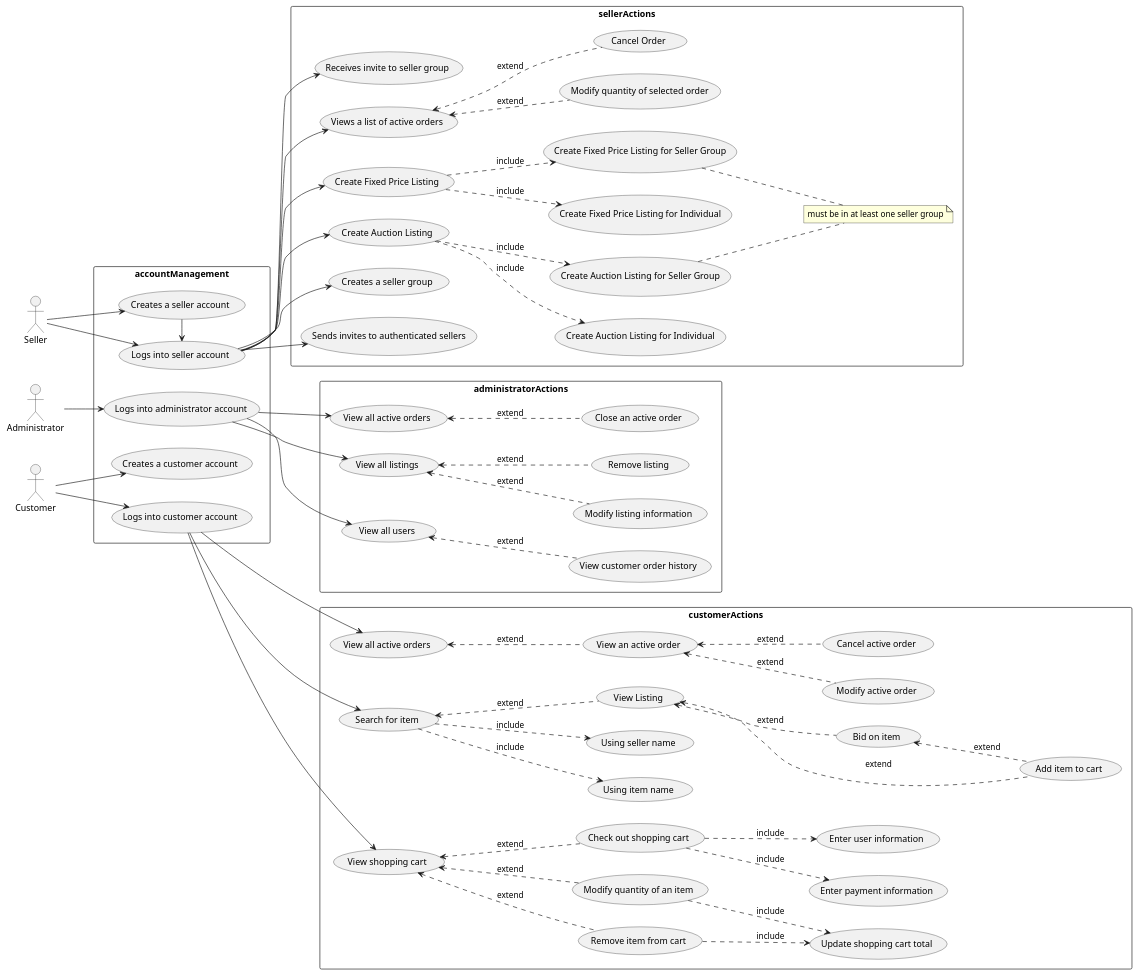
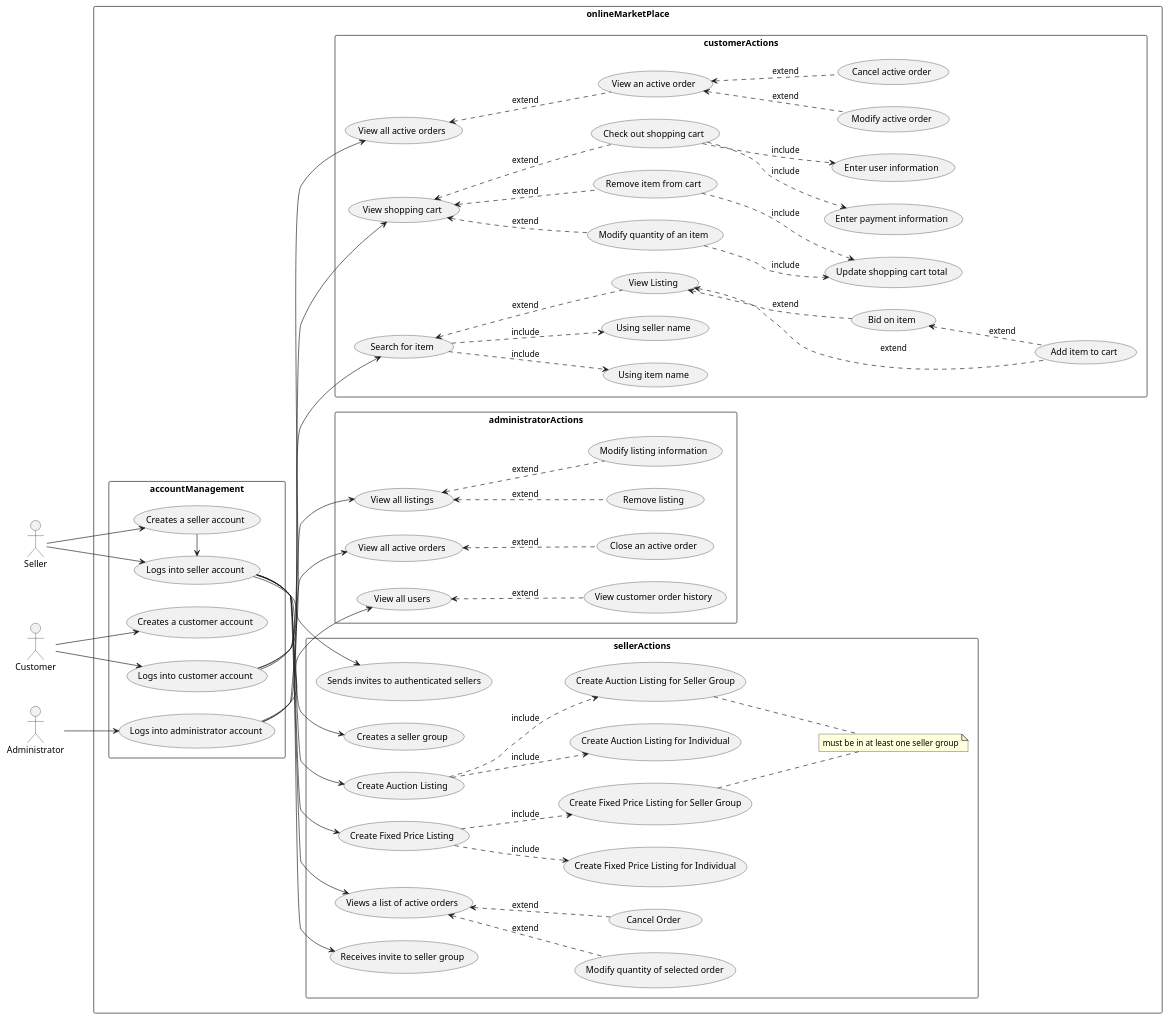
The diagram in docs/part1/usecase.plantuml (SWEN900072022/TeamZeroMarketPlaceBackEnd), drawn with PlantUML before and after one commit. The commit also changed 6 other files, not shown here.

```diff
--- a/docs/part1/usecase.plantuml
+++ b/docs/part1/usecase.plantuml
@@ -1,83 +1,84 @@
 @startuml
 skinparam packageStyle rectangle
 left to right direction
 
 actor Customer
 actor Seller
 actor Administrator
 
-rectangle accountManagement {
-    Seller --> (Logs into seller account)
-    Seller -> (Creates a seller account)
-    Administrator --> (Logs into administrator account)
-    (Creates a seller account) -> (Logs into seller account)
-    Customer --> (Creates a customer account)
-    Customer --> (Logs into customer account)
+rectangle onlineMarketPlace {
+    rectangle accountManagement {
+        Seller --> (Logs into seller account)
+        Seller -> (Creates a seller account)
+        Administrator --> (Logs into administrator account)
+        (Creates a seller account) -> (Logs into seller account)
+        Customer --> (Creates a customer account)
+        Customer --> (Logs into customer account)
 
+    }
+
+    rectangle sellerActions {
+        note "must be in at least one seller group" as N1
+
+        (Logs into seller account) -->(Create Fixed Price Listing)
+        (Create Fixed Price Listing) -.> (Create Fixed Price Listing for Individual):include
+        (Create Fixed Price Listing) -.> (Create Fixed Price Listing for Seller Group):include
+        (Create Fixed Price Listing for Seller Group) .. (N1)
+
+        (Logs into seller account) --> (Create Auction Listing)
+        (Create Auction Listing) -.> (Create Auction Listing for Individual):include
+
+        (Create Auction Listing) -.> (Create Auction Listing for Seller Group): include
+        (Create Auction Listing for Seller Group) .. (N1)
+
+        (Logs into seller account) --> (Creates a seller group)
+        (Logs into seller account) --> (Sends invites to authenticated sellers)
+        (Logs into seller account) -> (Receives invite to seller group)
+        (Logs into seller account) -> (Views a list of active orders)
+        (Views a list of active orders) <.- (Modify quantity of selected order):extend
+        (Views a list of active orders) <.- (Cancel Order):extend
+    }
+
+    rectangle customerActions{
+        (View all active orders) as vCustomer
+
+        (Logs into customer account) --> (Search for item)
+        (Search for item) -.> (Using item name) :include
+        (Search for item) -.> (Using seller name):include
+        (Search for item) <.- (View Listing):extend
+
+        (View Listing) <.- (Add item to cart):extend
+        (View Listing) <.- (Bid on item):extend
+
+        (Bid on item) <.- (Add item to cart):extend
+
+        (Logs into customer account) --> (vCustomer)
+        (vCustomer)<.- (View an active order):extend
+        (View an active order) <.-(Modify active order):extend
+        (View an active order) <.-(Cancel active order):extend
+
+        (Logs into customer account) --> (View shopping cart)
+
+        (View shopping cart) <.- (Remove item from cart):extend
+        (View shopping cart) <.- (Modify quantity of an item):extend
+        (View shopping cart) <.- (Check out shopping cart):extend
+
+        (Modify quantity of an item)-.> (Update shopping cart total):include
+        (Remove item from cart) -.> (Update shopping cart total):include
+
+        (Check out shopping cart) -.> (Enter payment information):include
+        (Check out shopping cart) -.> (Enter user information):include
+    }
+
+    rectangle administratorActions {
+
+        (Logs into administrator account) --> (View all listings)
+        (Logs into administrator account) --> (View all users)
+        (Logs into administrator account) --> (View all active orders)
+        (View all active orders) <.- (Close an active order):extend
+        (View all users) <.- (View customer order history):extend
+        (View all listings) <.- (Remove listing):extend
+        (View all listings) <.- (Modify listing information):extend
+    }
 }
-
-rectangle sellerActions {
-    note "must be in at least one seller group" as N1
-
-    (Logs into seller account) -->(Create Fixed Price Listing)
-    (Create Fixed Price Listing) -.> (Create Fixed Price Listing for Individual):include
-    (Create Fixed Price Listing) -.> (Create Fixed Price Listing for Seller Group):include
-    (Create Fixed Price Listing for Seller Group) .. (N1)
-
-    (Logs into seller account) --> (Create Auction Listing)
-    (Create Auction Listing) -.> (Create Auction Listing for Individual):include
-
-    (Create Auction Listing) -.> (Create Auction Listing for Seller Group): include
-    (Create Auction Listing for Seller Group) .. (N1)
-
-    (Logs into seller account) --> (Creates a seller group)
-    (Logs into seller account) --> (Sends invites to authenticated sellers)
-    (Logs into seller account) -> (Receives invite to seller group)
-    (Logs into seller account) -> (Views a list of active orders)
-    (Views a list of active orders) <.- (Modify quantity of selected order):extend
-    (Views a list of active orders) <.- (Cancel Order):extend
-}
-
-rectangle customerActions{
-    (View all active orders) as vCustomer
-
-    (Logs into customer account) --> (Search for item)
-    (Search for item) -.> (Using item name) :include
-    (Search for item) -.> (Using seller name):include
-    (Search for item) <.- (View Listing):extend
-
-    (View Listing) <.- (Add item to cart):extend
-    (View Listing) <.- (Bid on item):extend
-
-    (Bid on item) <.- (Add item to cart):extend
-
-    (Logs into customer account) --> (vCustomer)
-    (vCustomer)<.- (View an active order):extend
-    (View an active order) <.-(Modify active order):extend
-    (View an active order) <.-(Cancel active order):extend
-
-    (Logs into customer account) --> (View shopping cart)
-
-    (View shopping cart) <.- (Remove item from cart):extend
-    (View shopping cart) <.- (Modify quantity of an item):extend
-    (View shopping cart) <.- (Check out shopping cart):extend
-
-    (Modify quantity of an item)-.> (Update shopping cart total):include
-    (Remove item from cart) -.> (Update shopping cart total):include
-    
-    (Check out shopping cart) -.> (Enter payment information):include
-    (Check out shopping cart) -.> (Enter user information):include
-}
-
-rectangle administratorActions {
-
-    (Logs into administrator account) --> (View all listings)
-    (Logs into administrator account) --> (View all users)
-    (Logs into administrator account) --> (View all active orders)
-    (View all active orders) <.- (Close an active order):extend
-    (View all users) <.- (View customer order history):extend
-    (View all listings) <.- (Remove listing):extend
-    (View all listings) <.- (Modify listing information):extend
-}
-
 @enduml
```
